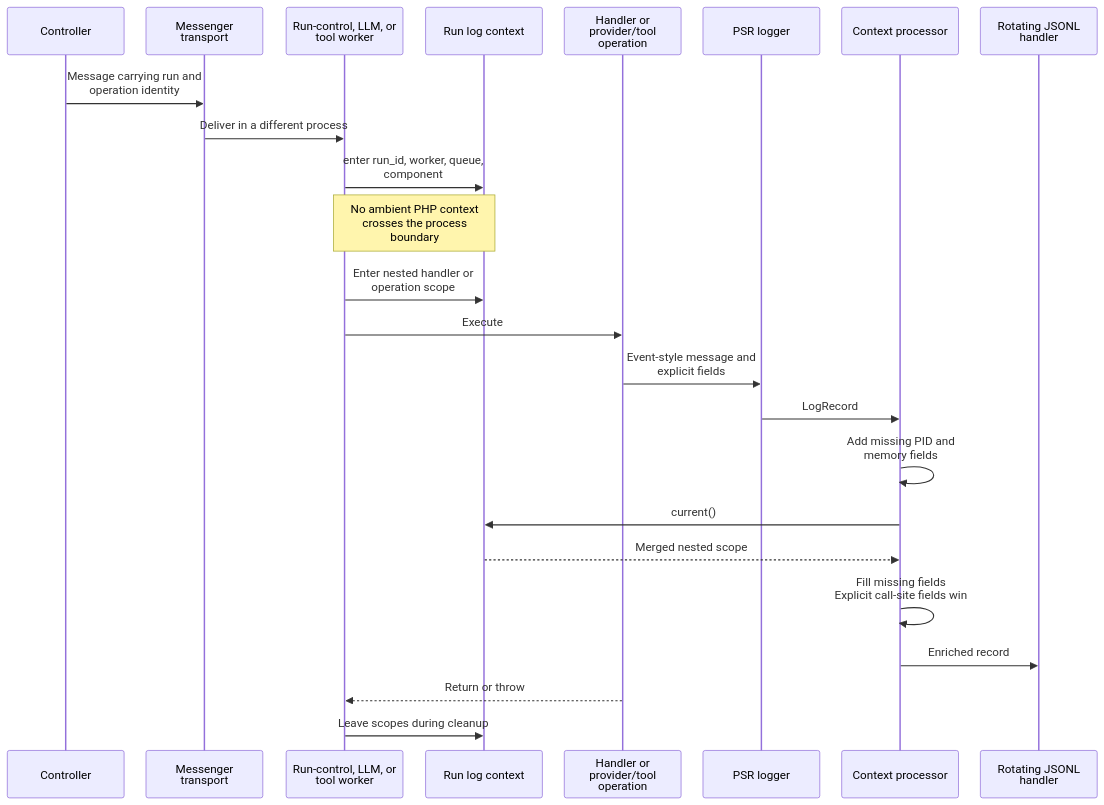
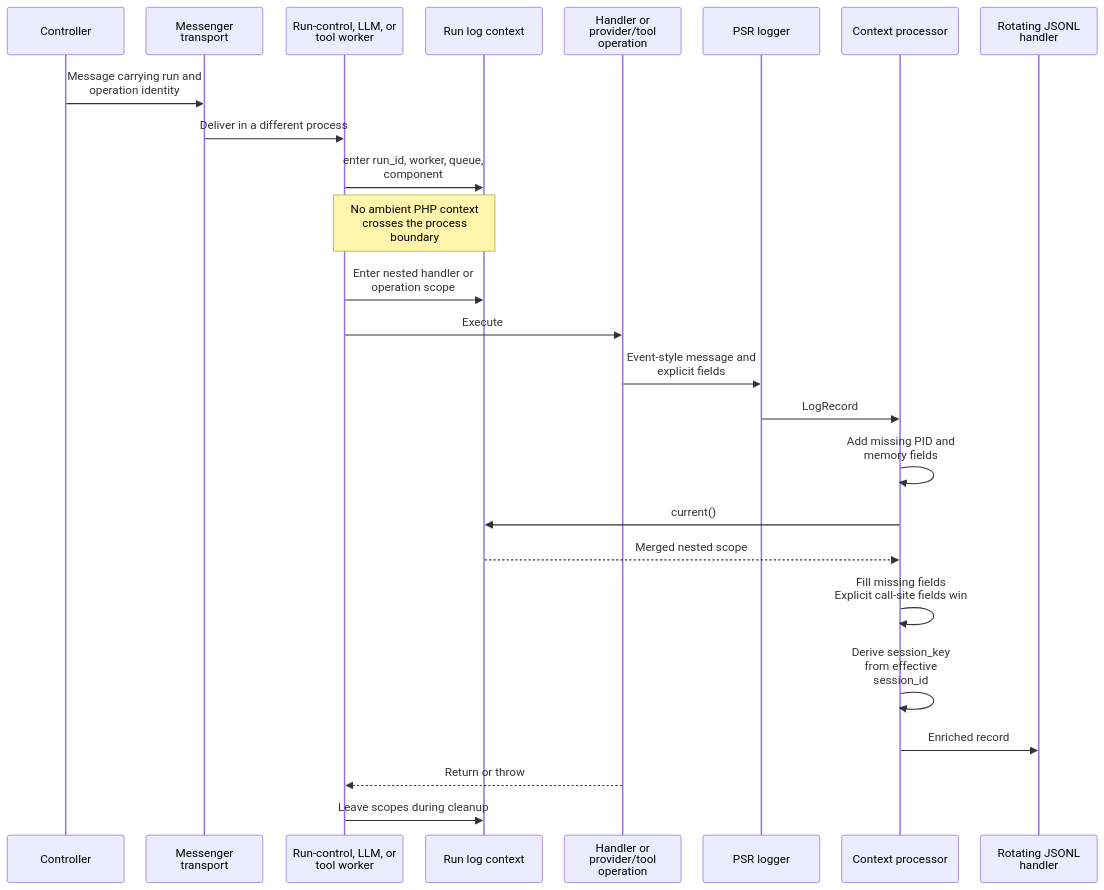
The third of 6 diagrams in architecture/logging.md (ineersa/agent-core), drawn with Mermaid before and after one commit. The commit also changed other lines of this file and 86 other files, not shown here.

First line of the commit message:
Fix documentation drift and expand architecture diagrams

````diff
--- a/architecture/logging.md
+++ b/architecture/logging.md
@@ -61,28 +68,29 @@
 ```mermaid
 %%{init: {"sequence": {"wrap": true, "width": 160, "actorMargin": 30, "diagramMarginX": 10, "messageMargin": 30}}}%%
 sequenceDiagram
     participant Controller
     participant Queue as Messenger transport
     participant Worker as Run-control, LLM, or tool worker
     participant Context as Run log context
     participant Operation as Handler or provider/tool operation
     participant Logger as PSR logger
     participant Processor as Context processor
     participant Sink as Rotating JSONL handler
 
     Controller->>Queue: Message carrying run and operation identity
     Queue->>Worker: Deliver in a different process
     Worker->>Context: enter run_id, worker, queue, component
     Note over Worker,Context: No ambient PHP context crosses the process boundary
     Worker->>Context: Enter nested handler or operation scope
     Worker->>Operation: Execute
     Operation->>Logger: Event-style message and explicit fields
     Logger->>Processor: LogRecord
     Processor->>Processor: Add missing PID and memory fields
     Processor->>Context: current()
     Context-->>Processor: Merged nested scope
     Processor->>Processor: Fill missing fields<br/>Explicit call-site fields win
+    Processor->>Processor: Derive session_key from effective session_id
     Processor->>Sink: Enriched record
     Operation-->>Worker: Return or throw
     Worker->>Context: Leave scopes during cleanup
 ```
````
